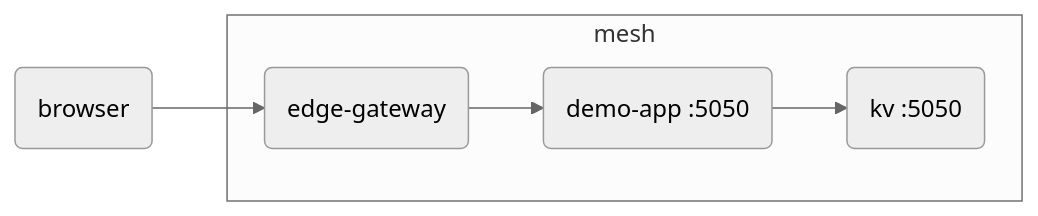
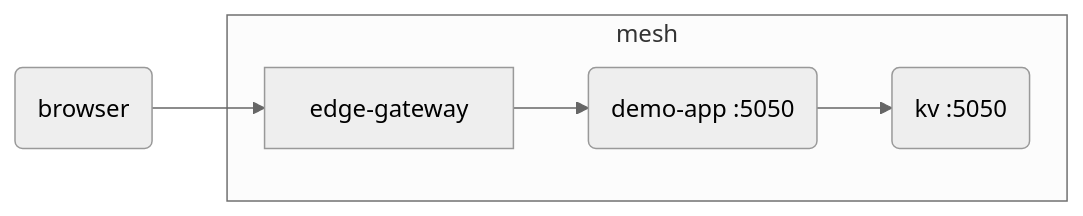
One commit to Kong/developer.konghq.com changed the diagram in app/_how-tos/mesh/mesh-get-started-universal-1-install.md. Above: the diagram before and after it, drawn with Mermaid (neutral theme). The commit also changed other lines of this file and 4 other files, not shown here.

```diff
--- a/app/_how-tos/mesh/mesh-get-started-universal-1-install.md
+++ b/app/_how-tos/mesh/mesh-get-started-universal-1-install.md
@@ -53,13 +53,13 @@
 {% mermaid %}
 flowchart LR
 browser(browser)
 
 subgraph mesh
-edge-gateway(edge-gateway)
+edge-gateway
 demo-app(demo-app :5050)
 kv(kv :5050)
 end
 edge-gateway --> demo-app
 demo-app --> kv
 browser --> edge-gateway
 {% endmermaid %}
```
